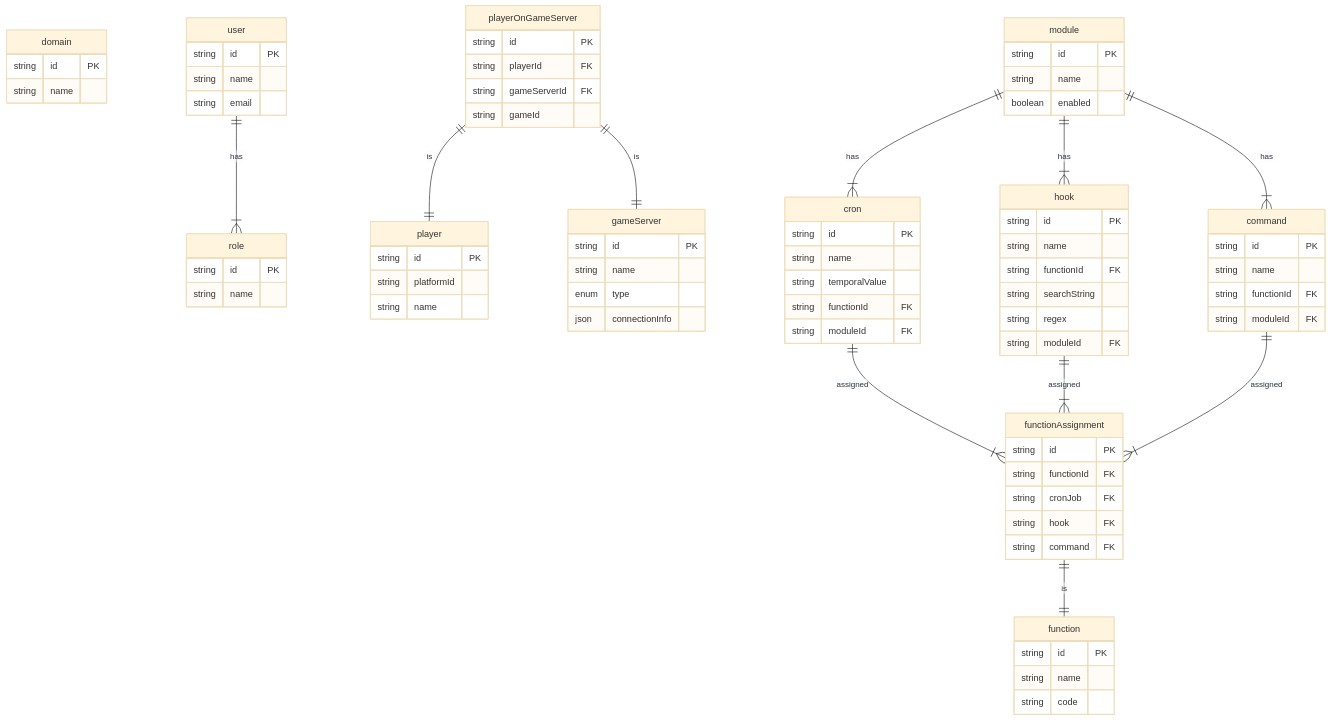
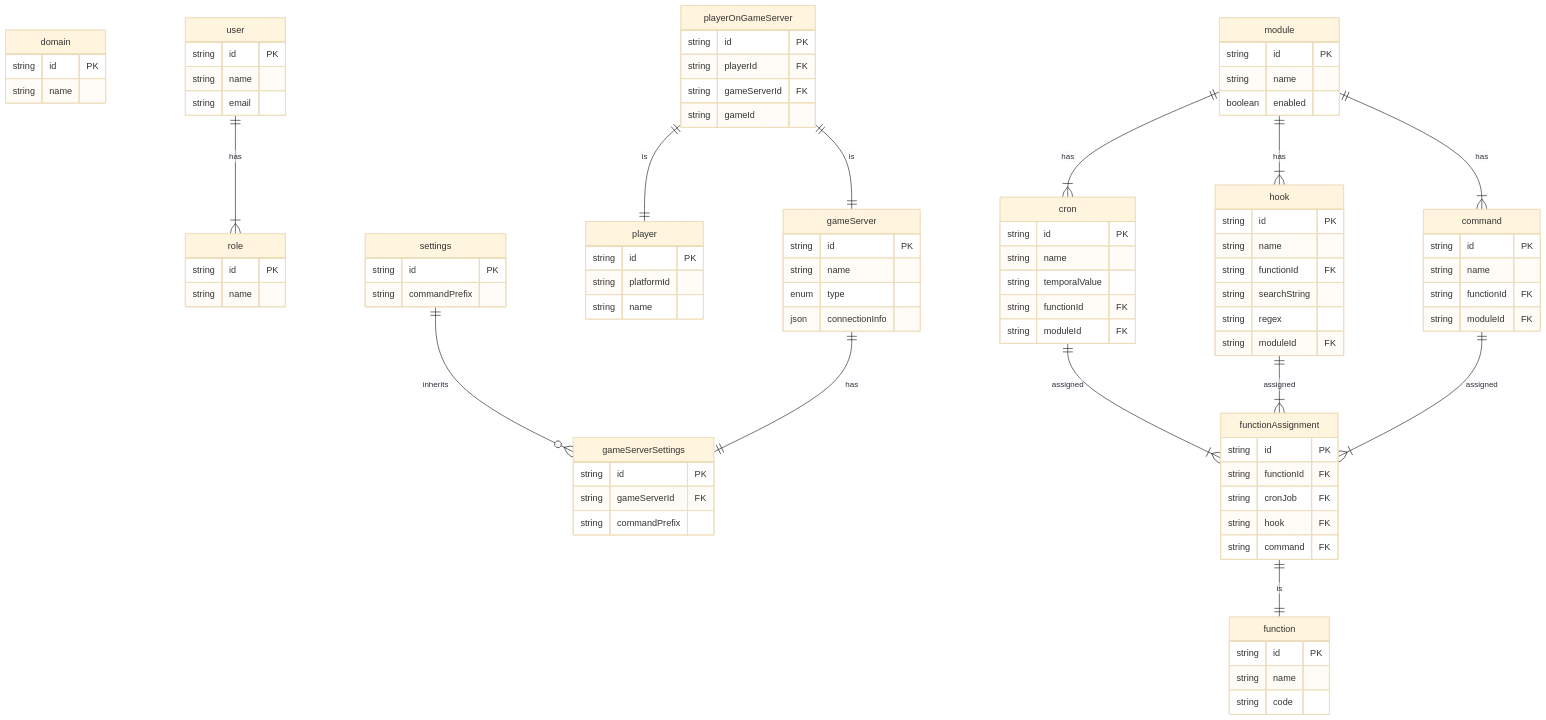
Before and after one commit to gettakaro/takaro: the diagram in packages/web-docs/docs/development/database.md, drawn with Mermaid (base theme). The commit also changed 1 other file, not shown here.

Commit message:
docs: add some info about settings

````diff
--- a/packages/web-docs/docs/development/database.md
+++ b/packages/web-docs/docs/development/database.md
@@ -22,6 +22,17 @@
       string name
       enum type
       json connectionInfo 
+    }
+
+    settings {
+      string id PK
+      string commandPrefix
+    }
+
+    gameServerSettings {
+      string id PK
+      string gameServerId FK
+      string commandPrefix
     }
 
     user {
@@ -100,9 +111,12 @@
     hook   ||--|{ functionAssignment : assigned
     command   ||--|{ functionAssignment : assigned
     cron   ||--|{ functionAssignment : assigned
-    functionAssignment ||--|| function : "is"
+    functionAssignment ||--|| function : is
 
 
-    playerOnGameServer ||--|| player : "is"
-    playerOnGameServer ||--|| gameServer : "is"
+    playerOnGameServer ||--|| player : is
+    playerOnGameServer ||--|| gameServer : is
+
+    settings ||--o{ gameServerSettings : inherits
+    gameServer ||--|| gameServerSettings : has
 ```
````
